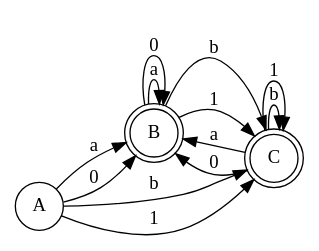
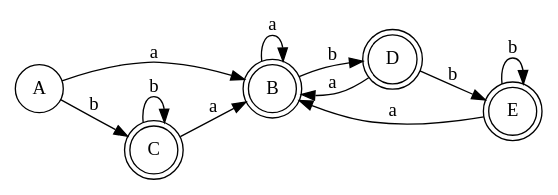
The diagram in proyecto1/subconjuntos.gv (DaronP/Proyecto_Automatas), drawn with Graphviz before and after one commit. The commit also changed 10 other files, not shown here.

```diff
--- a/proyecto1/subconjuntos.gv
+++ b/proyecto1/subconjuntos.gv
@@ -1,29 +1,25 @@
 digraph finite_state_machine {
 	rankdir=LR size="8,5"
 	node [shape=doublecircle]
 	B
+	C
+	B
+	D
 	B
 	C
-	C
 	B
+	E
 	B
-	C
-	C
-	B
-	B
-	C
-	C
+	E
 	node [shape=circle]
 	A -> B [label=a]
-	A -> B [label=0]
 	A -> C [label=b]
-	A -> C [label=1]
 	B -> B [label=a]
-	B -> B [label=0]
-	B -> C [label=b]
-	B -> C [label=1]
+	B -> D [label=b]
 	C -> B [label=a]
-	C -> B [label=0]
 	C -> C [label=b]
-	C -> C [label=1]
+	D -> B [label=a]
+	D -> E [label=b]
+	E -> B [label=a]
+	E -> E [label=b]
 }
```
